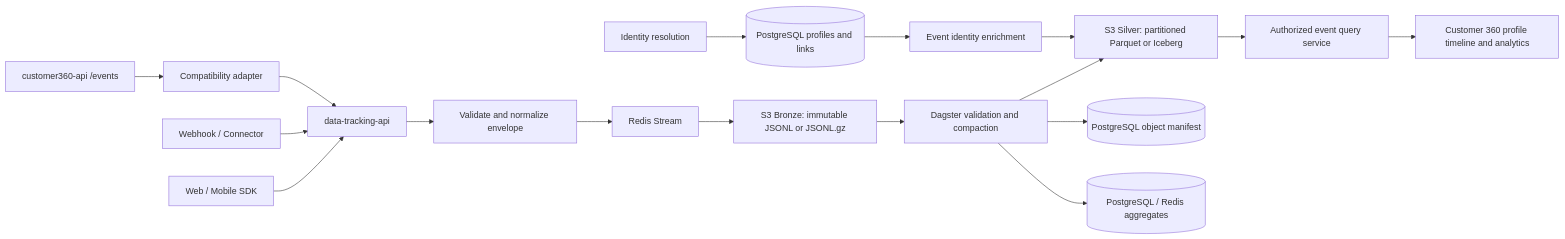
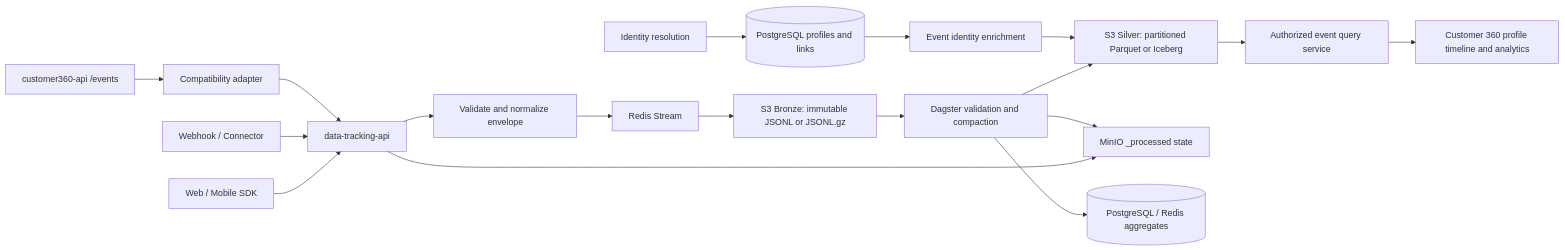
The diagram in docs/action-plans/FULL-ANALYTICS-WITH-S3.md (LEO-CDP/leo-customer360), drawn with Mermaid before and after one commit. The commit also changed other lines of this file and 19 other files, not shown here.

````diff
--- a/docs/action-plans/FULL-ANALYTICS-WITH-S3.md
+++ b/docs/action-plans/FULL-ANALYTICS-WITH-S3.md
@@ -42,19 +42,20 @@
 ```mermaid
 flowchart LR
     SDK[Web / Mobile SDK] --> INGEST[data-tracking-api]
     WEBHOOK[Webhook / Connector] --> INGEST
     LEGACY[customer360-api /events] --> COMPAT[Compatibility adapter]
     COMPAT --> INGEST
     INGEST --> VALIDATE[Validate and normalize envelope]
     VALIDATE --> REDIS[Redis Stream]
     REDIS --> BRONZE[S3 Bronze: immutable JSONL or JSONL.gz]
     BRONZE --> DAGSTER[Dagster validation and compaction]
     DAGSTER --> SILVER[S3 Silver: partitioned Parquet or Iceberg]
-    DAGSTER --> MANIFEST[(PostgreSQL object manifest)]
+    INGEST --> STATE[MinIO _processed state]
+    DAGSTER --> STATE
     DAGSTER --> AGG[(PostgreSQL / Redis aggregates)]
     CIR[Identity resolution] --> PROFILE[(PostgreSQL profiles and links)]
     PROFILE --> ENRICH[Event identity enrichment]
     ENRICH --> SILVER
     SILVER --> QUERY[Authorized event query service]
     QUERY --> UI[Customer 360 profile timeline and analytics]
 ```
````
